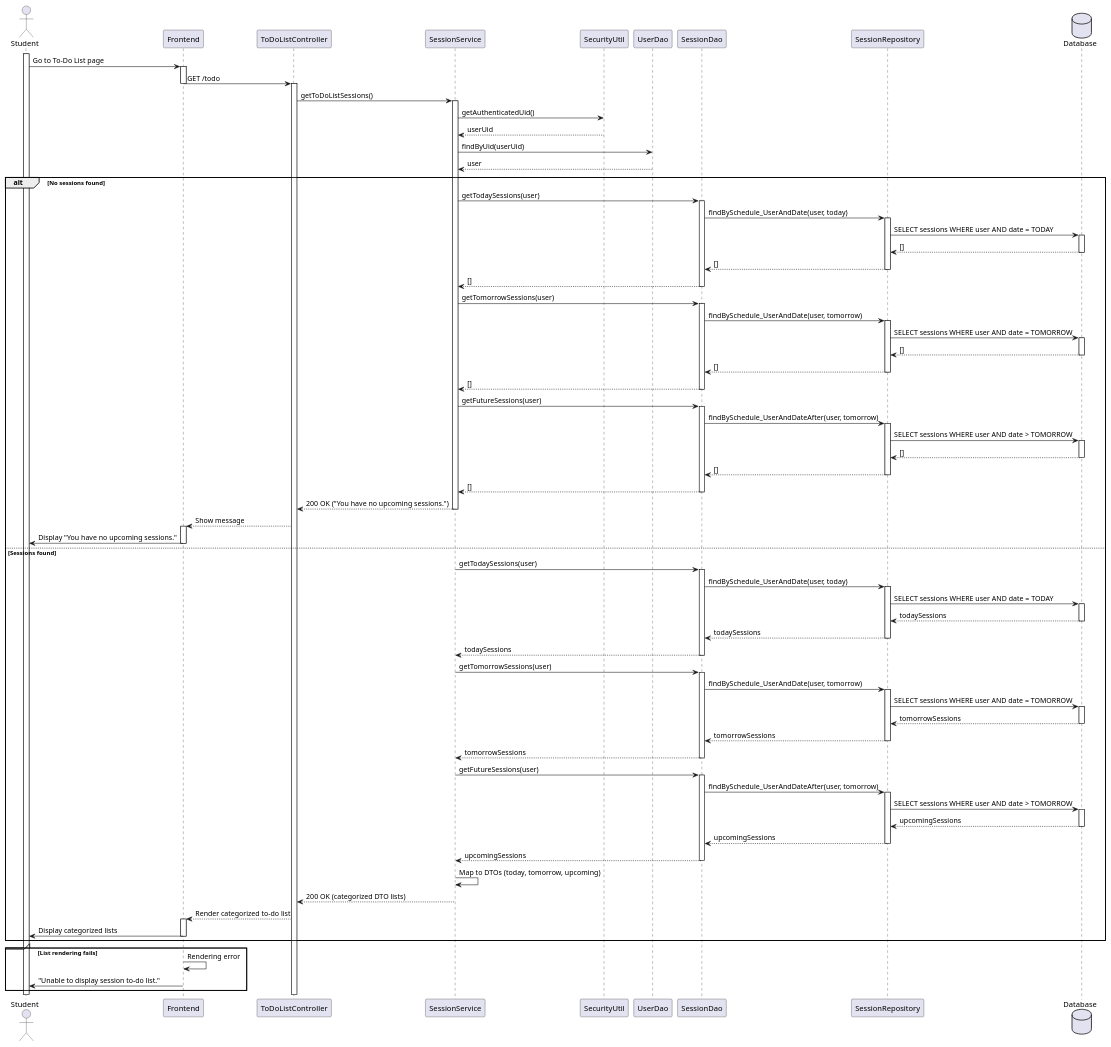
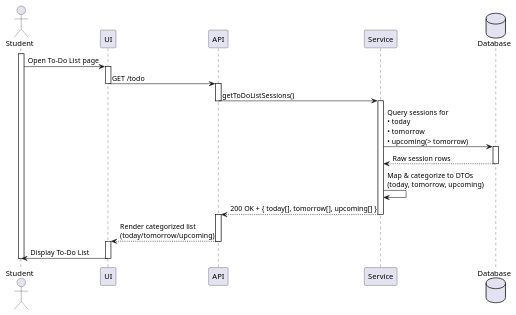
One commit to keerati5003/PlanMate-Diagram changed the diagram in sequence/p2/get-todoList.puml. Above: the diagram before and after it, drawn with PlantUML. The commit also changed 6 other files, not shown here.

```diff
--- a/sequence/p2/get-todoList.puml
+++ b/sequence/p2/get-todoList.puml
@@ -1,131 +1,38 @@
 @startuml
 actor Student
-participant "Frontend" as FE
-participant "ToDoListController" as C
-participant "SessionService" as S
-participant "SecurityUtil" as SU
-participant "UserDao" as UD
-participant "SessionDao" as SD
-participant "SessionRepository" as SR
+participant "UI" as FE
+participant "API" as C
+participant "Service" as S
 database "Database" as DB
 
 activate Student
-Student -> FE : Go to To-Do List page
+Student -> FE : Open To-Do List page
 activate FE
 
 FE -> C : GET /todo
 deactivate FE
 activate C
 
 C -> S : getToDoListSessions()
+deactivate C
 activate S
 
-S -> SU : getAuthenticatedUid()
-SU --> S : userUid
+S -> DB : Query sessions for\n• today\n• tomorrow\n• upcoming(> tomorrow)
+activate DB
+DB --> S : Raw session rows
+deactivate DB
 
-S -> UD : findByUid(userUid)
-UD --> S : user
+S -> S : Map & categorize to DTOs\n(today, tomorrow, upcoming)
 
-alt No sessions found
-    S -> SD : getTodaySessions(user)
-    activate SD
-    SD -> SR : findBySchedule_UserAndDate(user, today)
-    activate SR
-    SR -> DB : SELECT sessions WHERE user AND date = TODAY
-    activate DB
-    DB --> SR : []
-    deactivate DB
-    SR --> SD : []
-    deactivate SR
-    SD --> S : []
-    deactivate SD
+S --> C : 200 OK + { today[], tomorrow[], upcoming[] }
+deactivate S
+activate C
 
-    S -> SD : getTomorrowSessions(user)
-    activate SD
-    SD -> SR : findBySchedule_UserAndDate(user, tomorrow)
-    activate SR
-    SR -> DB : SELECT sessions WHERE user AND date = TOMORROW
-    activate DB
-    DB --> SR : []
-    deactivate DB
-    SR --> SD : []
-    deactivate SR
-    SD --> S : []
-    deactivate SD
+C --> FE : Render categorized list\n(today/tomorrow/upcoming)
+deactivate C
+activate FE
 
-    S -> SD : getFutureSessions(user)
-    activate SD
-    SD -> SR : findBySchedule_UserAndDateAfter(user, tomorrow)
-    activate SR
-    SR -> DB : SELECT sessions WHERE user AND date > TOMORROW
-    activate DB
-    DB --> SR : []
-    deactivate DB
-    SR --> SD : []
-    deactivate SR
-    SD --> S : []
-    deactivate SD
-
-    S --> C : 200 OK ("You have no upcoming sessions.")
-    deactivate S
-
-    C --> FE : Show message
-    activate FE
-    FE -> Student : Display "You have no upcoming sessions."
-    deactivate FE
-
-else Sessions found
-    S -> SD : getTodaySessions(user)
-    activate SD
-    SD -> SR : findBySchedule_UserAndDate(user, today)
-    activate SR
-    SR -> DB : SELECT sessions WHERE user AND date = TODAY
-    activate DB
-    DB --> SR : todaySessions
-    deactivate DB
-    SR --> SD : todaySessions
-    deactivate SR
-    SD --> S : todaySessions
-    deactivate SD
-
-    S -> SD : getTomorrowSessions(user)
-    activate SD
-    SD -> SR : findBySchedule_UserAndDate(user, tomorrow)
-    activate SR
-    SR -> DB : SELECT sessions WHERE user AND date = TOMORROW
-    activate DB
-    DB --> SR : tomorrowSessions
-    deactivate DB
-    SR --> SD : tomorrowSessions
-    deactivate SR
-    SD --> S : tomorrowSessions
-    deactivate SD
-
-    S -> SD : getFutureSessions(user)
-    activate SD
-    SD -> SR : findBySchedule_UserAndDateAfter(user, tomorrow)
-    activate SR
-    SR -> DB : SELECT sessions WHERE user AND date > TOMORROW
-    activate DB
-    DB --> SR : upcomingSessions
-    deactivate DB
-    SR --> SD : upcomingSessions
-    deactivate SR
-    SD --> S : upcomingSessions
-    deactivate SD
-
-    S -> S : Map to DTOs (today, tomorrow, upcoming)
-    S --> C : 200 OK (categorized DTO lists)
-    deactivate S
-
-    C --> FE : Render categorized to-do list
-    activate FE
-    FE -> Student : Display categorized lists
-    deactivate FE
-end
-
-group [List rendering fails]
-    FE -> FE : Rendering error
-    FE -> Student : "Unable to display session to-do list."
-end
+FE -> Student : Display To-Do List
+deactivate FE
+deactivate Student
 @enduml
```
